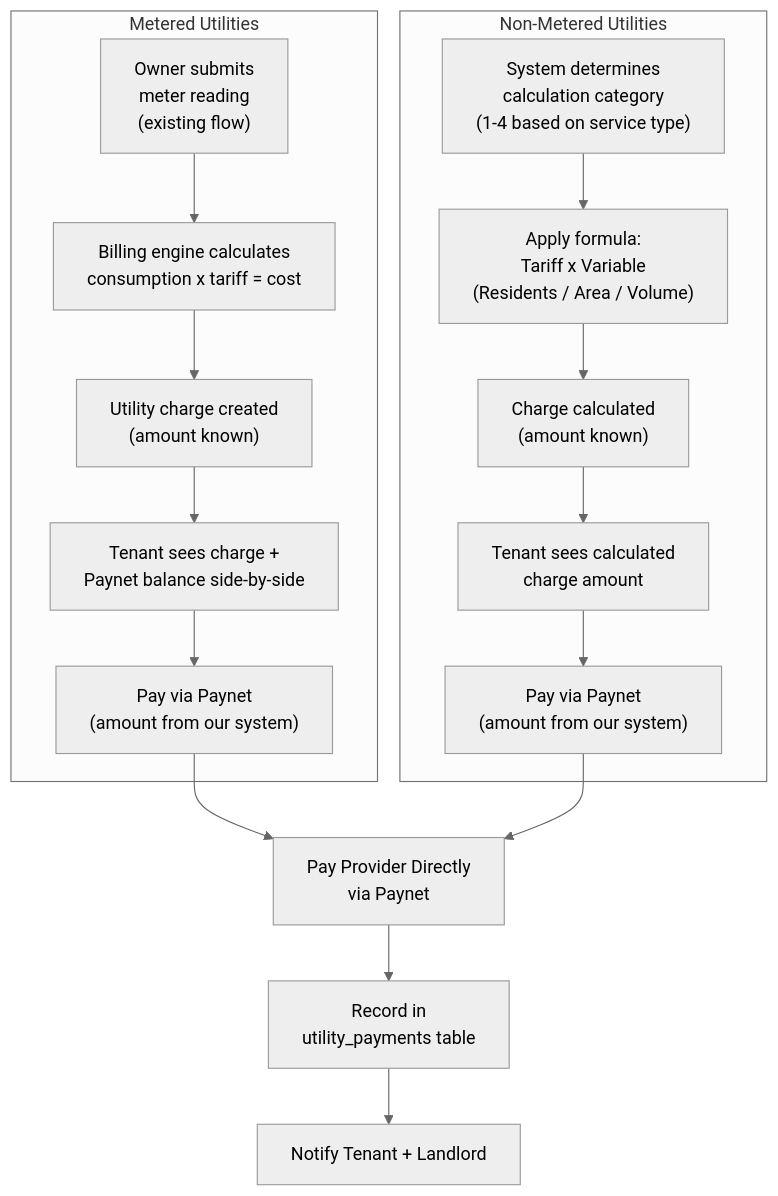
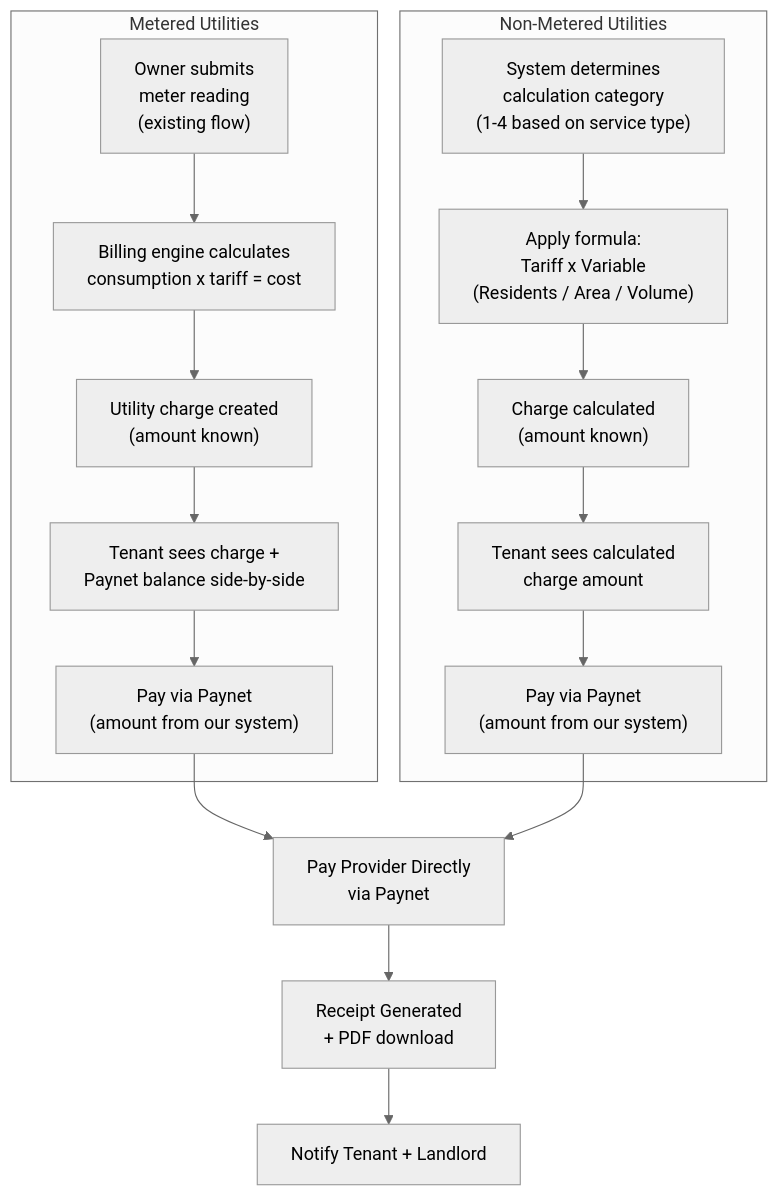
Before and after one commit to saodatm-dev/Utilities---Informational-Architecture: the eighth of 11 diagrams in utilities-payment-userflow.md, drawn with Mermaid (neutral theme). The commit also changed other lines of this file and 1 other file, not shown here.

Commit message:
refactor: remove outdated API content and detailed technical sections from payment user flow documentation, and simplify API endpoint descriptions.

````diff
--- a/utilities-payment-userflow.md
+++ b/utilities-payment-userflow.md
@@ -370,23 +339,23 @@
 ```mermaid
 flowchart TD
     subgraph METERED ["Metered Utilities"]
         M_READ["Owner submits<br/>meter reading<br/>(existing flow)"] --> M_CALC["Billing engine calculates<br/>consumption x tariff = cost"]
         M_CALC --> M_CHARGE["Utility charge created<br/>(amount known)"]
         M_CHARGE --> M_PAY["Tenant sees charge +<br/>Paynet balance side-by-side"]
         M_PAY --> M_CONFIRM["Pay via Paynet<br/>(amount from our system)"]
     end
 
     subgraph NONMETERED ["Non-Metered Utilities"]
         NM_CAT["System determines<br/>calculation category<br/>(1-4 based on service type)"] --> NM_CALC["Apply formula:<br/>Tariff x Variable<br/>(Residents / Area / Volume)"]
         NM_CALC --> NM_CHARGE["Charge calculated<br/>(amount known)"]
         NM_CHARGE --> NM_PAY["Tenant sees calculated<br/>charge amount"]
         NM_PAY --> NM_CONFIRM["Pay via Paynet<br/>(amount from our system)"]
     end
 
     M_CONFIRM --> PAYNET["Pay Provider Directly<br/>via Paynet"]
     NM_CONFIRM --> PAYNET
 
-    PAYNET --> RECORD["Record in<br/>utility_payments table"]
+    PAYNET --> RECORD["Receipt Generated<br/>+ PDF download"]
     RECORD --> NOTIFY["Notify Tenant + Landlord"]
 
 ```
````
